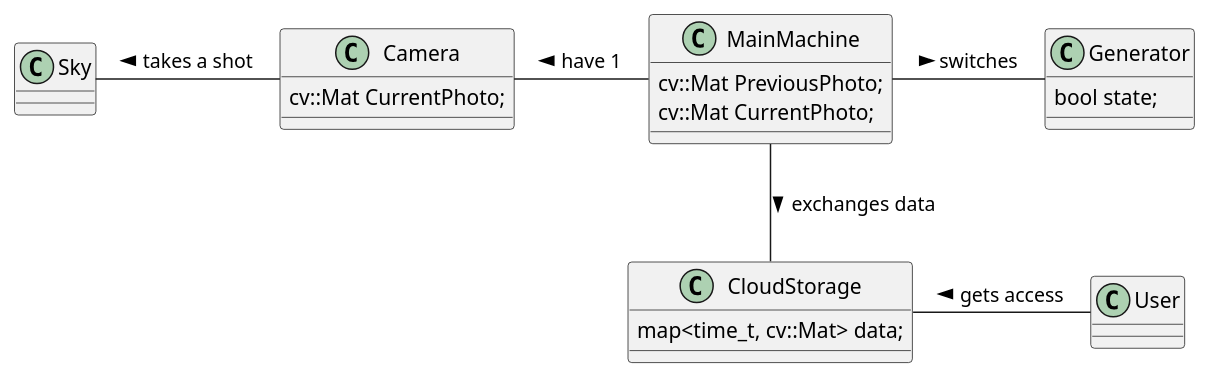
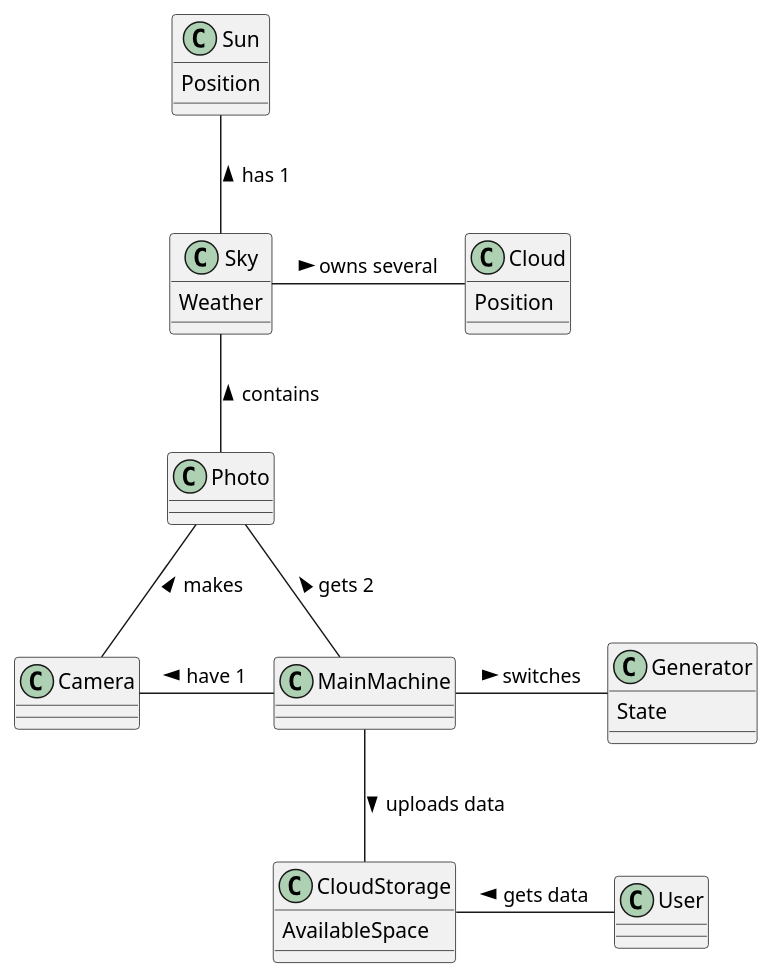
Before and after one commit to fanglores/-: the diagram in Project/doc/conceptual.pu, drawn with PlantUML.

```diff
--- a/Project/doc/conceptual.pu
+++ b/Project/doc/conceptual.pu
@@ -1,31 +1,42 @@
 @startuml
-class Sky
 
-class Camera
+class Sun
 {
-   cv::Mat CurrentPhoto;
+   Position
 }
 
+class Cloud
+{
+   Position
+}
+
+class Sky
+{
+   Weather
+}
+
+class Photo
+class Camera
 class MainMachine
-{
-   cv::Mat PreviousPhoto;
-   cv::Mat CurrentPhoto;
-}
 
 class Generator
 {
-   bool state;
+   State
 }
 
 class CloudStorage
 {
-  map<time_t, cv::Mat> data;
+   AvailableSpace
 }
 
-Sky - Camera : takes a shot <
+Sky -- Photo : contains <
+Photo -- Camera : makes <
+Photo -- MainMachine: gets 2 <
+Sun -- Sky : has 1 <
+Sky - Cloud: owns several >
 Camera - MainMachine : have 1 <
 MainMachine - Generator : switches >
-MainMachine -- CloudStorage : exchanges data >
-CloudStorage - User: gets access <
+MainMachine -- CloudStorage : uploads data >
+CloudStorage - User: gets data <
 
 @enduml
```
